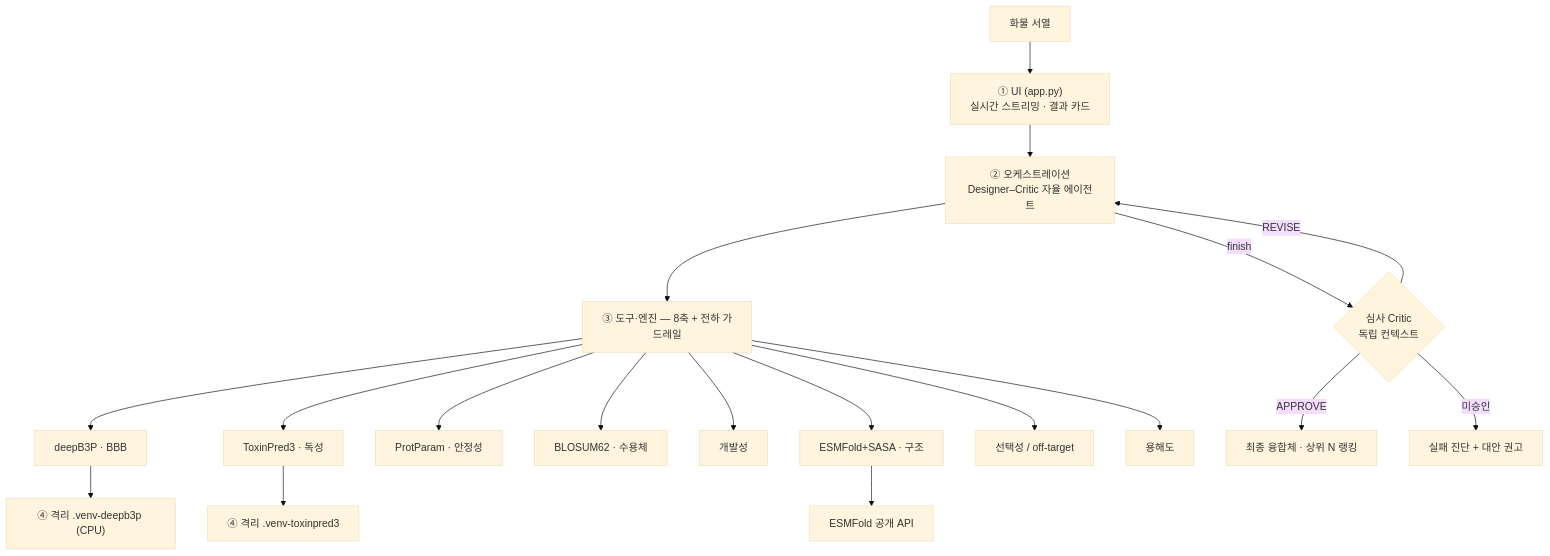
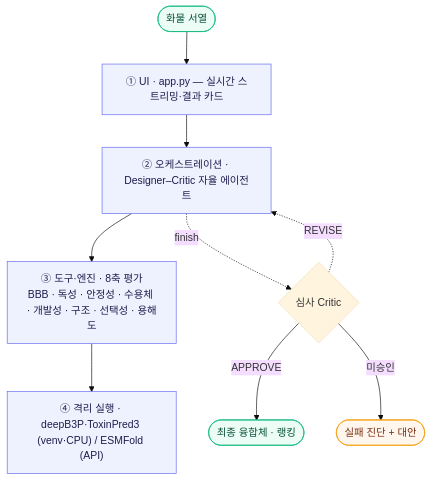
Before and after one commit to yunseul6028/BBB-Optimizer: the first of 2 diagrams in README.md, drawn with Mermaid (base theme). The commit also changed other lines of this file, not shown here.

Commit message:
docs(README): 아키텍처 다이어그램 컴팩트·스타일 개선
8개 엔진을 형제 박스로 나열해 가로로 퍼지던 4계층도를 정리:
- 8축을 한 노드로 접고, 4개 venv도 한 노드로 → 세로 컴팩트.
- classDef로 소프트 컬러(계층=인디고·성공=그린·실패=앰버)·둥근 터미널 노드.
- finish/REVISE 되돌이는 점선(-.->)으로 구분해 잡음 감소.
- run() 흐름은 LR 컴팩트 + APPROVE 굵은 화살표(==>) 강조.

````diff
--- a/README.md
+++ b/README.md
@@ -57,15 +57,17 @@
 ```mermaid
-flowchart TB
-  U["화물 서열"] --> UI["① UI (app.py)<br/>실시간 스트리밍 · 결과 카드"]
-  UI --> ORCH["② 오케스트레이션<br/>Designer–Critic 자율 에이전트"]
-  ORCH --> TOOLS["③ 도구·엔진 — 8축 + 전하 가드레일"]
-  TOOLS --> E1["deepB3P · BBB"] & E2["ToxinPred3 · 독성"] & E3["ProtParam · 안정성"] & E4["BLOSUM62 · 수용체"]
-  TOOLS --> E5["개발성"] & E6["ESMFold+SASA · 구조"] & E7["선택성 / off-target"] & E8["용해도"]
-  E1 --> DV["④ 격리 .venv-deepb3p (CPU)"]
-  E2 --> TV["④ 격리 .venv-toxinpred3"]
-  E6 --> API["ESMFold 공개 API"]
-  ORCH -->|finish| CR{"심사 Critic<br/>독립 컨텍스트"}
-  CR -->|APPROVE| OUT["최종 융합체 · 상위 N 랭킹"]
-  CR -->|REVISE| ORCH
-  CR -->|미승인| REC["실패 진단 + 대안 권고"]
+flowchart TD
+  U(["화물 서열"]) --> UI["① UI · app.py — 실시간 스트리밍·결과 카드"]
+  UI --> AG["② 오케스트레이션 · Designer–Critic 자율 에이전트"]
+  AG --> TL["③ 도구·엔진 · 8축 평가<br/>BBB · 독성 · 안정성 · 수용체 · 개발성 · 구조 · 선택성 · 용해도"]
+  TL --> IZ["④ 격리 실행 · deepB3P·ToxinPred3 (venv·CPU) / ESMFold (API)"]
+  AG -.->|finish| CR{"심사 Critic"}
+  CR -->|APPROVE| OK(["최종 융합체 · 랭킹"])
+  CR -.->|REVISE| AG
+  CR -->|미승인| NG(["실패 진단 + 대안"])
+  classDef layer fill:#eef2ff,stroke:#6366f1,color:#1e1b4b;
+  classDef ok fill:#ecfdf5,stroke:#10b981,color:#064e3b;
+  classDef bad fill:#fff7ed,stroke:#f59e0b,color:#7c2d12;
+  class UI,AG,TL,IZ layer
+  class U,OK ok
+  class NG bad
 ```
````
